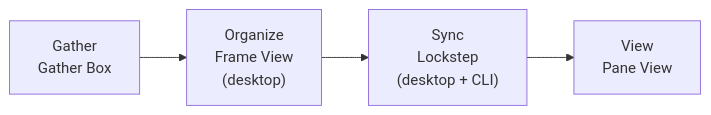
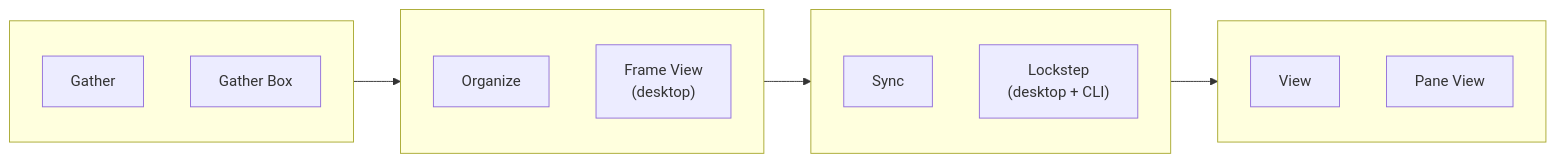
Before and after one commit to Traydr/latch-works: the diagram in README.md, drawn with Mermaid.

Commit message:
improve readme mermaid

````diff
--- a/README.md
+++ b/README.md
@@ -11,9 +11,28 @@
 ```mermaid
 flowchart LR
-  gather["Gather<br/>Gather Box"]
-  organize["Organize<br/>Frame View<br/>(desktop)"]
-  sync["Sync<br/>Lockstep<br/>(desktop + CLI)"]
-  view["View<br/>Pane View"]
+  subgraph gatherCol[" "]
+    direction TB
+    gather["Gather"]
+    gatherApp["Gather Box"]
+  end
+
+  subgraph organizeCol[" "]
+    direction TB
+    organize["Organize"]
+    organizeApp["Frame View<br/>(desktop)"]
+  end
+
+  subgraph syncCol[" "]
+    direction TB
+    sync["Sync"]
+    syncApp["Lockstep<br/>(desktop + CLI)"]
+  end
+
+  subgraph viewCol[" "]
+    direction TB
+    view["View"]
+    viewApp["Pane View"]
+  end
 
   gather --> organize --> sync --> view
 ```
````
